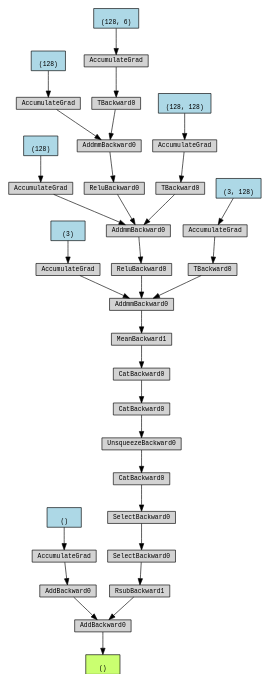
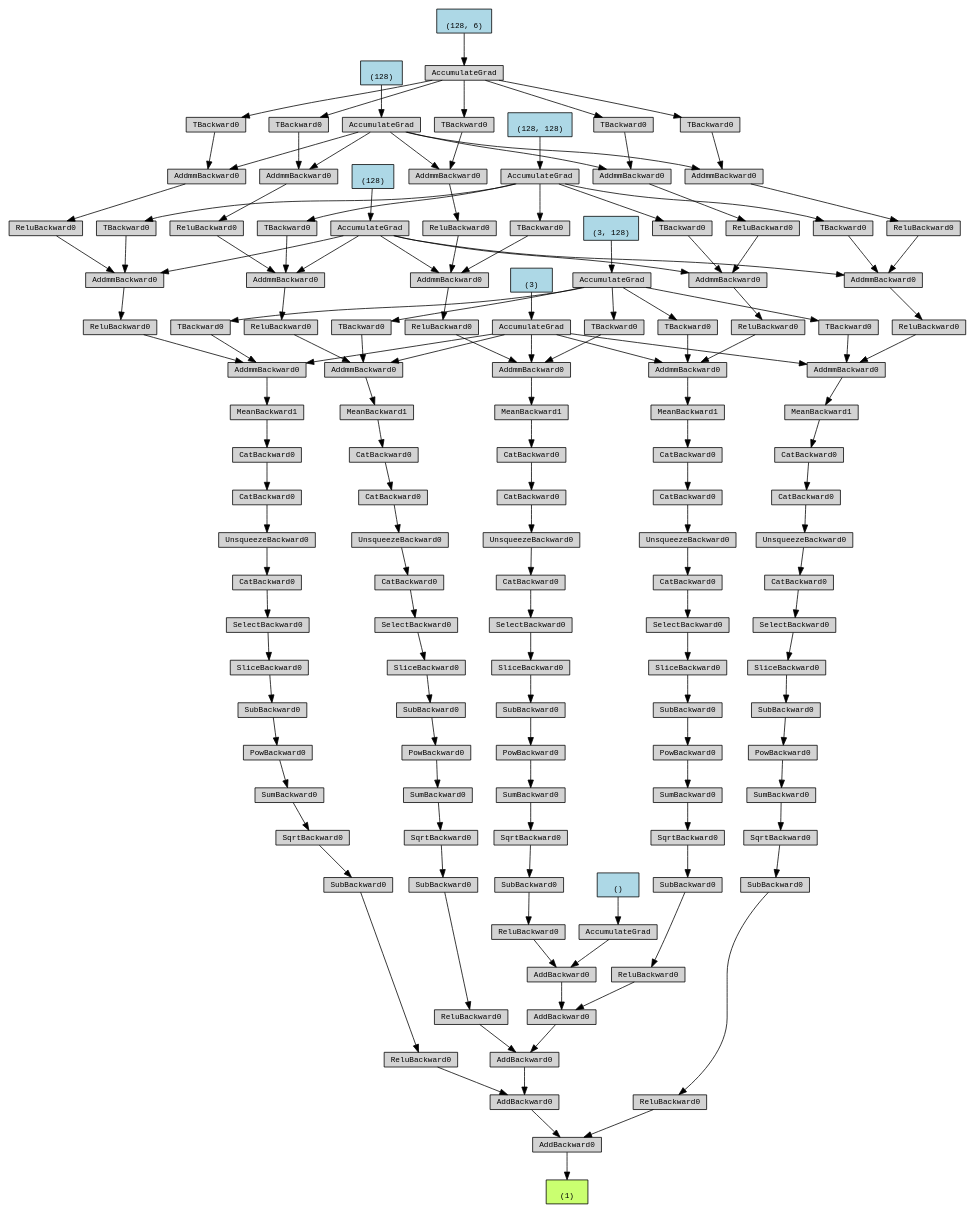
One commit to cainan2600/catkin_rm changed the diagram in Digraph.gv. Above: the diagram before and after it, drawn with Graphviz. The commit also changed 254 other files, not shown here.

```diff
--- a/Digraph.gv
+++ b/Digraph.gv
@@ -1,77 +1,285 @@
 digraph {
-	graph [size="12,12"]
+	graph [size="40.949999999999996,40.949999999999996"]
 	node [align=left fontname=monospace fontsize=10 height=0.2 ranksep=0.1 shape=box style=filled]
-	140099860855872 [label="
- ()" fillcolor=darkolivegreen1]
-	140099863062960 [label=AddBackward0]
-	140099863058496 -> 140099863062960
-	140099863058496 [label=AddBackward0]
-	140099863062384 -> 140099863058496
-	140099860826048 [label="
+	140542128378944 [label="
+ (1)" fillcolor=darkolivegreen1]
+	140542128260048 [label=AddBackward0]
+	140542128264320 -> 140542128260048
+	140542128264320 [label=AddBackward0]
+	140542128260096 -> 140542128264320
+	140542128260096 [label=AddBackward0]
+	140542128264464 -> 140542128260096
+	140542128264464 [label=AddBackward0]
+	140542128264608 -> 140542128264464
+	140542128264608 [label=AddBackward0]
+	140542128264752 -> 140542128264608
+	140542128225664 [label="
  ()" fillcolor=lightblue]
-	140099860826048 -> 140099863062384
-	140099863062384 [label=AccumulateGrad]
-	140099863058448 -> 140099863062960
-	140099863058448 [label=RsubBackward1]
-	140099863057872 -> 140099863058448
-	140099863057872 [label=SelectBackward0]
-	140099863060704 -> 140099863057872
-	140099863060704 [label=SelectBackward0]
-	140099863058400 -> 140099863060704
-	140099863058400 [label=CatBackward0]
-	140099863066944 -> 140099863058400
-	140099863066944 [label=UnsqueezeBackward0]
-	140099863064928 -> 140099863066944
-	140099863064928 [label=CatBackward0]
-	140099863063968 -> 140099863064928
-	140099863063968 [label=CatBackward0]
-	140099863063824 -> 140099863063968
-	140099863063824 [label=MeanBackward1]
-	140099863058256 -> 140099863063824
-	140099863058256 [label=AddmmBackward0]
-	140099863060896 -> 140099863058256
-	140099863095200 [label="
+	140542128225664 -> 140542128264752
+	140542128264752 [label=AccumulateGrad]
+	140542128264704 -> 140542128264608
+	140542128264704 [label=ReluBackward0]
+	140542128264800 -> 140542128264704
+	140542128264800 [label=SubBackward0]
+	140542128264992 -> 140542128264800
+	140542128264992 [label=SqrtBackward0]
+	140542128265088 -> 140542128264992
+	140542128265088 [label=SumBackward0]
+	140542128265184 -> 140542128265088
+	140542128265184 [label=PowBackward0]
+	140542128265280 -> 140542128265184
+	140542128265280 [label=SubBackward0]
+	140542128265376 -> 140542128265280
+	140542128265376 [label=SliceBackward0]
+	140542128265472 -> 140542128265376
+	140542128265472 [label=SelectBackward0]
+	140542128265568 -> 140542128265472
+	140542128265568 [label=CatBackward0]
+	140542128265616 -> 140542128265568
+	140542128265616 [label=UnsqueezeBackward0]
+	140542128265808 -> 140542128265616
+	140542128265808 [label=CatBackward0]
+	140542128265856 -> 140542128265808
+	140542128265856 [label=CatBackward0]
+	140542128266048 -> 140542128265856
+	140542128266048 [label=MeanBackward1]
+	140542128266144 -> 140542128266048
+	140542128266144 [label=AddmmBackward0]
+	140542128266192 -> 140542128266144
+	140542128221504 [label="
  (3)" fillcolor=lightblue]
-	140099863095200 -> 140099863060896
-	140099863060896 [label=AccumulateGrad]
-	140099863066128 -> 140099863058256
-	140099863066128 [label=ReluBackward0]
-	140099863058688 -> 140099863066128
-	140099863058688 [label=AddmmBackward0]
-	140099863066464 -> 140099863058688
-	140099863095040 [label="
+	140542128221504 -> 140542128266192
+	140542128266192 [label=AccumulateGrad]
+	140542128265952 -> 140542128266144
+	140542128265952 [label=ReluBackward0]
+	140542128266384 -> 140542128265952
+	140542128266384 [label=AddmmBackward0]
+	140542128266672 -> 140542128266384
+	140542128221344 [label="
  (128)" fillcolor=lightblue]
-	140099863095040 -> 140099863066464
-	140099863066464 [label=AccumulateGrad]
-	140099863064640 -> 140099863058688
-	140099863064640 [label=ReluBackward0]
-	140099863063296 -> 140099863064640
-	140099863063296 [label=AddmmBackward0]
-	140099863063632 -> 140099863063296
-	140099863094480 [label="
+	140542128221344 -> 140542128266672
+	140542128266672 [label=AccumulateGrad]
+	140542128266624 -> 140542128266384
+	140542128266624 [label=ReluBackward0]
+	140542128266768 -> 140542128266624
+	140542128266768 [label=AddmmBackward0]
+	140542128267008 -> 140542128266768
+	140542128220624 [label="
  (128)" fillcolor=lightblue]
-	140099863094480 -> 140099863063632
-	140099863063632 [label=AccumulateGrad]
-	140099863062912 -> 140099863063296
-	140099863062912 [label=TBackward0]
-	140099863064592 -> 140099863062912
-	140099863094160 [label="
+	140542128220624 -> 140542128267008
+	140542128267008 [label=AccumulateGrad]
+	140542128266960 -> 140542128266768
+	140542128266960 [label=TBackward0]
+	140542128267056 -> 140542128266960
+	140542128220304 [label="
  (128, 6)" fillcolor=lightblue]
-	140099863094160 -> 140099863064592
-	140099863064592 [label=AccumulateGrad]
-	140099863066848 -> 140099863058688
-	140099863066848 [label=TBackward0]
-	140099863062672 -> 140099863066848
-	140099863094880 [label="
+	140542128220304 -> 140542128267056
+	140542128267056 [label=AccumulateGrad]
+	140542128266576 -> 140542128266384
+	140542128266576 [label=TBackward0]
+	140542128267152 -> 140542128266576
+	140542128218304 [label="
  (128, 128)" fillcolor=lightblue]
-	140099863094880 -> 140099863062672
-	140099863062672 [label=AccumulateGrad]
-	140099863063152 -> 140099863058256
-	140099863063152 [label=TBackward0]
-	140099863066752 -> 140099863063152
-	140099863095120 [label="
+	140542128218304 -> 140542128267152
+	140542128267152 [label=AccumulateGrad]
+	140542128266288 -> 140542128266144
+	140542128266288 [label=TBackward0]
+	140542128266912 -> 140542128266288
+	140542128221424 [label="
  (3, 128)" fillcolor=lightblue]
-	140099863095120 -> 140099863066752
-	140099863066752 [label=AccumulateGrad]
-	140099863062960 -> 140099860855872
+	140542128221424 -> 140542128266912
+	140542128266912 [label=AccumulateGrad]
+	140542128264560 -> 140542128264464
+	140542128264560 [label=ReluBackward0]
+	140542128264944 -> 140542128264560
+	140542128264944 [label=SubBackward0]
+	140542128265136 -> 140542128264944
+	140542128265136 [label=SqrtBackward0]
+	140542128265328 -> 140542128265136
+	140542128265328 [label=SumBackward0]
+	140542128265520 -> 140542128265328
+	140542128265520 [label=PowBackward0]
+	140542128265760 -> 140542128265520
+	140542128265760 [label=SubBackward0]
+	140542128266000 -> 140542128265760
+	140542128266000 [label=SliceBackward0]
+	140542128266336 -> 140542128266000
+	140542128266336 [label=SelectBackward0]
+	140542128267344 -> 140542128266336
+	140542128267344 [label=CatBackward0]
+	140542128266528 -> 140542128267344
+	140542128266528 [label=UnsqueezeBackward0]
+	140542128267200 -> 140542128266528
+	140542128267200 [label=CatBackward0]
+	140542128267440 -> 140542128267200
+	140542128267440 [label=CatBackward0]
+	140542128267536 -> 140542128267440
+	140542128267536 [label=MeanBackward1]
+	140542128267632 -> 140542128267536
+	140542128267632 [label=AddmmBackward0]
+	140542128266192 -> 140542128267632
+	140542128267728 -> 140542128267632
+	140542128267728 [label=ReluBackward0]
+	140542128267872 -> 140542128267728
+	140542128267872 [label=AddmmBackward0]
+	140542128266672 -> 140542128267872
+	140542128267968 -> 140542128267872
+	140542128267968 [label=ReluBackward0]
+	140542128268112 -> 140542128267968
+	140542128268112 [label=AddmmBackward0]
+	140542128267008 -> 140542128268112
+	140542128268208 -> 140542128268112
+	140542128268208 [label=TBackward0]
+	140542128267056 -> 140542128268208
+	140542128267920 -> 140542128267872
+	140542128267920 [label=TBackward0]
+	140542128267152 -> 140542128267920
+	140542128267680 -> 140542128267632
+	140542128267680 [label=TBackward0]
+	140542128266912 -> 140542128267680
+	140542128264416 -> 140542128260096
+	140542128264416 [label=ReluBackward0]
+	140542128265040 -> 140542128264416
+	140542128265040 [label=SubBackward0]
+	140542128265424 -> 140542128265040
+	140542128265424 [label=SqrtBackward0]
+	140542128265712 -> 140542128265424
+	140542128265712 [label=SumBackward0]
+	140542128266720 -> 140542128265712
+	140542128266720 [label=PowBackward0]
+	140542128266864 -> 140542128266720
+	140542128266864 [label=SubBackward0]
+	140542128267488 -> 140542128266864
+	140542128267488 [label=SliceBackward0]
+	140542128264656 -> 140542128267488
+	140542128264656 [label=SelectBackward0]
+	140542128267776 -> 140542128264656
+	140542128267776 [label=CatBackward0]
+	140542128268160 -> 140542128267776
+	140542128268160 [label=UnsqueezeBackward0]
+	140542128268256 -> 140542128268160
+	140542128268256 [label=CatBackward0]
+	140542128268352 -> 140542128268256
+	140542128268352 [label=CatBackward0]
+	140542128268448 -> 140542128268352
+	140542128268448 [label=MeanBackward1]
+	140542128268544 -> 140542128268448
+	140542128268544 [label=AddmmBackward0]
+	140542128266192 -> 140542128268544
+	140542128268640 -> 140542128268544
+	140542128268640 [label=ReluBackward0]
+	140542128268784 -> 140542128268640
+	140542128268784 [label=AddmmBackward0]
+	140542128266672 -> 140542128268784
+	140542128268880 -> 140542128268784
+	140542128268880 [label=ReluBackward0]
+	140542128269024 -> 140542128268880
+	140542128269024 [label=AddmmBackward0]
+	140542128267008 -> 140542128269024
+	140542128269120 -> 140542128269024
+	140542128269120 [label=TBackward0]
+	140542128267056 -> 140542128269120
+	140542128268832 -> 140542128268784
+	140542128268832 [label=TBackward0]
+	140542128267152 -> 140542128268832
+	140542128268592 -> 140542128268544
+	140542128268592 [label=TBackward0]
+	140542128266912 -> 140542128268592
+	140542128264176 -> 140542128264320
+	140542128264176 [label=ReluBackward0]
+	140542128265232 -> 140542128264176
+	140542128265232 [label=SubBackward0]
+	140542128266096 -> 140542128265232
+	140542128266096 [label=SqrtBackward0]
+	140542128267392 -> 140542128266096
+	140542128267392 [label=SumBackward0]
+	140542128268304 -> 140542128267392
+	140542128268304 [label=PowBackward0]
+	140542128268064 -> 140542128268304
+	140542128268064 [label=SubBackward0]
+	140542128268400 -> 140542128268064
+	140542128268400 [label=SliceBackward0]
+	140542128264512 -> 140542128268400
+	140542128264512 [label=SelectBackward0]
+	140542128268688 -> 140542128264512
+	140542128268688 [label=CatBackward0]
+	140542128269072 -> 140542128268688
+	140542128269072 [label=UnsqueezeBackward0]
+	140542128269168 -> 140542128269072
+	140542128269168 [label=CatBackward0]
+	140542128269264 -> 140542128269168
+	140542128269264 [label=CatBackward0]
+	140542128269360 -> 140542128269264
+	140542128269360 [label=MeanBackward1]
+	140542128269456 -> 140542128269360
+	140542128269456 [label=AddmmBackward0]
+	140542128266192 -> 140542128269456
+	140542128269552 -> 140542128269456
+	140542128269552 [label=ReluBackward0]
+	140542128269696 -> 140542128269552
+	140542128269696 [label=AddmmBackward0]
+	140542128266672 -> 140542128269696
+	140542128269792 -> 140542128269696
+	140542128269792 [label=ReluBackward0]
+	140542128269936 -> 140542128269792
+	140542128269936 [label=AddmmBackward0]
+	140542128267008 -> 140542128269936
+	140542128270032 -> 140542128269936
+	140542128270032 [label=TBackward0]
+	140542128267056 -> 140542128270032
+	140542128269744 -> 140542128269696
+	140542128269744 [label=TBackward0]
+	140542128267152 -> 140542128269744
+	140542128269504 -> 140542128269456
+	140542128269504 [label=TBackward0]
+	140542128266912 -> 140542128269504
+	140542128264224 -> 140542128260048
+	140542128264224 [label=ReluBackward0]
+	140542128264896 -> 140542128264224
+	140542128264896 [label=SubBackward0]
+	140542128267584 -> 140542128264896
+	140542128267584 [label=SqrtBackward0]
+	140542128268016 -> 140542128267584
+	140542128268016 [label=SumBackward0]
+	140542128269216 -> 140542128268016
+	140542128269216 [label=PowBackward0]
+	140542128268976 -> 140542128269216
+	140542128268976 [label=SubBackward0]
+	140542128269312 -> 140542128268976
+	140542128269312 [label=SliceBackward0]
+	140542128263936 -> 140542128269312
+	140542128263936 [label=SelectBackward0]
+	140542128269600 -> 140542128263936
+	140542128269600 [label=CatBackward0]
+	140542128269984 -> 140542128269600
+	140542128269984 [label=UnsqueezeBackward0]
+	140542128270080 -> 140542128269984
+	140542128270080 [label=CatBackward0]
+	140542128270176 -> 140542128270080
+	140542128270176 [label=CatBackward0]
+	140542128270272 -> 140542128270176
+	140542128270272 [label=MeanBackward1]
+	140542128270368 -> 140542128270272
+	140542128270368 [label=AddmmBackward0]
+	140542128266192 -> 140542128270368
+	140542128270464 -> 140542128270368
+	140542128270464 [label=ReluBackward0]
+	140542128270608 -> 140542128270464
+	140542128270608 [label=AddmmBackward0]
+	140542128266672 -> 140542128270608
+	140542128270704 -> 140542128270608
+	140542128270704 [label=ReluBackward0]
+	140542128270848 -> 140542128270704
+	140542128270848 [label=AddmmBackward0]
+	140542128267008 -> 140542128270848
+	140542128270944 -> 140542128270848
+	140542128270944 [label=TBackward0]
+	140542128267056 -> 140542128270944
+	140542128270656 -> 140542128270608
+	140542128270656 [label=TBackward0]
+	140542128267152 -> 140542128270656
+	140542128270416 -> 140542128270368
+	140542128270416 [label=TBackward0]
+	140542128266912 -> 140542128270416
+	140542128260048 -> 140542128378944
 }
```
